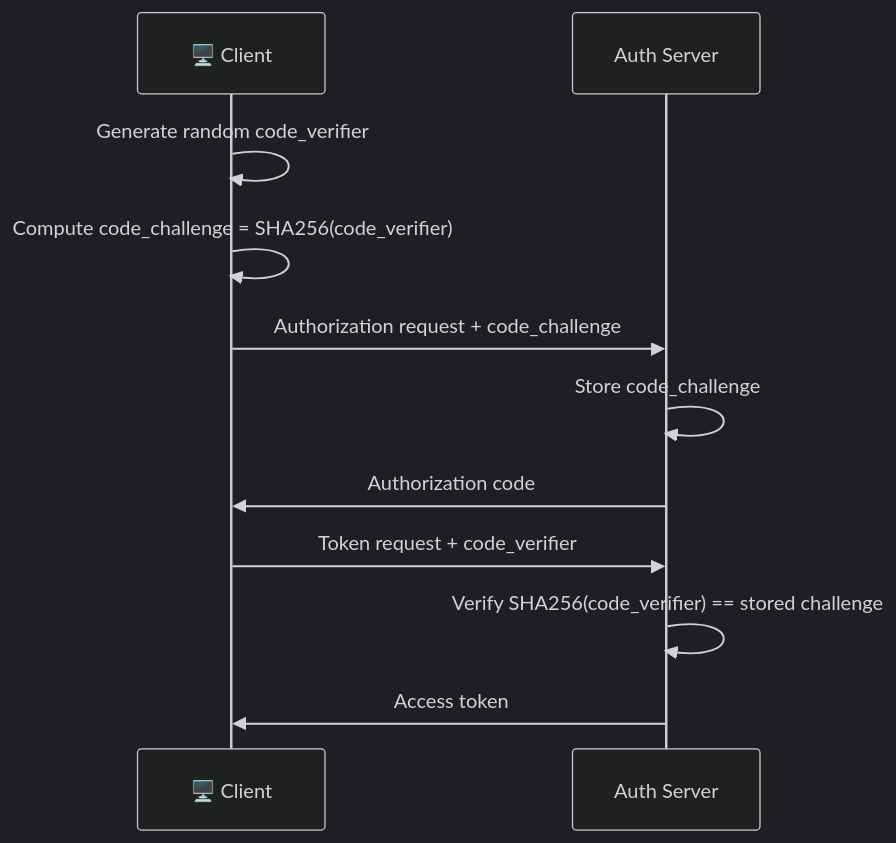
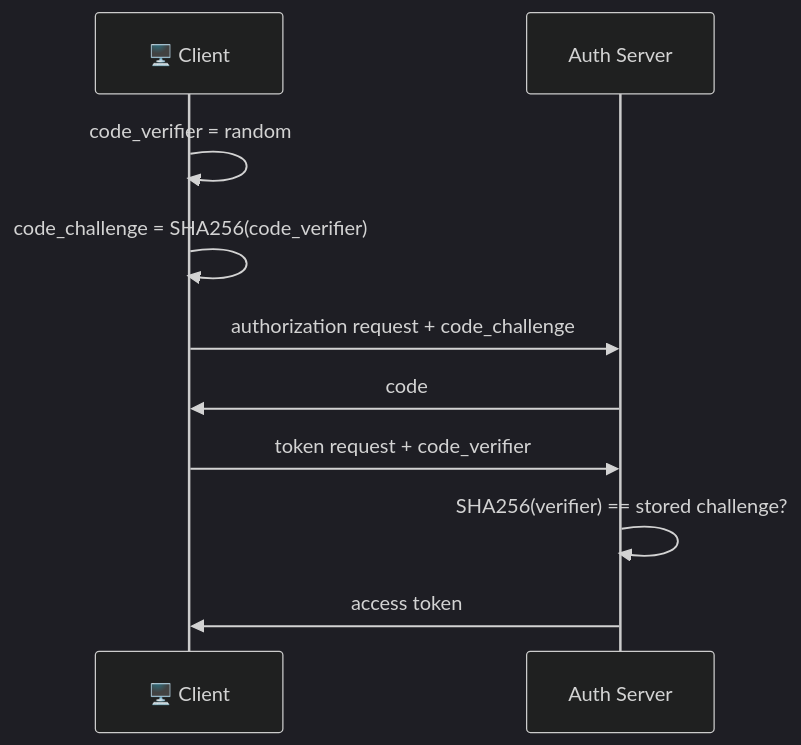
The third of 7 diagrams in docs/FAPI-TUTORIAL.md (blackadi/OAUTH2.0), drawn with Mermaid before and after one commit. The commit also changed other lines of this file and 1 other file, not shown here.

First line of the commit message:
docs(fapi): rewrite the tutorial around the flow that now works

````diff
--- a/docs/FAPI-TUTORIAL.md
+++ b/docs/FAPI-TUTORIAL.md
@@ -146,15 +119,13 @@
 ```mermaid
 %%{init: {'theme': 'dark'}}%%
 sequenceDiagram
     participant C as 🖥️ Client
     participant AS as Auth Server
-
-    C->>C: Generate random code_verifier
-    C->>C: Compute code_challenge = SHA256(code_verifier)
-    C->>AS: Authorization request + code_challenge
-    AS->>AS: Store code_challenge
-    AS->>C: Authorization code
-    C->>AS: Token request + code_verifier
-    AS->>AS: Verify SHA256(code_verifier) == stored challenge
-    AS->>C: Access token
+    C->>C: code_verifier = random
+    C->>C: code_challenge = SHA256(code_verifier)
+    C->>AS: authorization request + code_challenge
+    AS->>C: code
+    C->>AS: token request + code_verifier
+    AS->>AS: SHA256(verifier) == stored challenge?
+    AS->>C: access token
 ```
````
